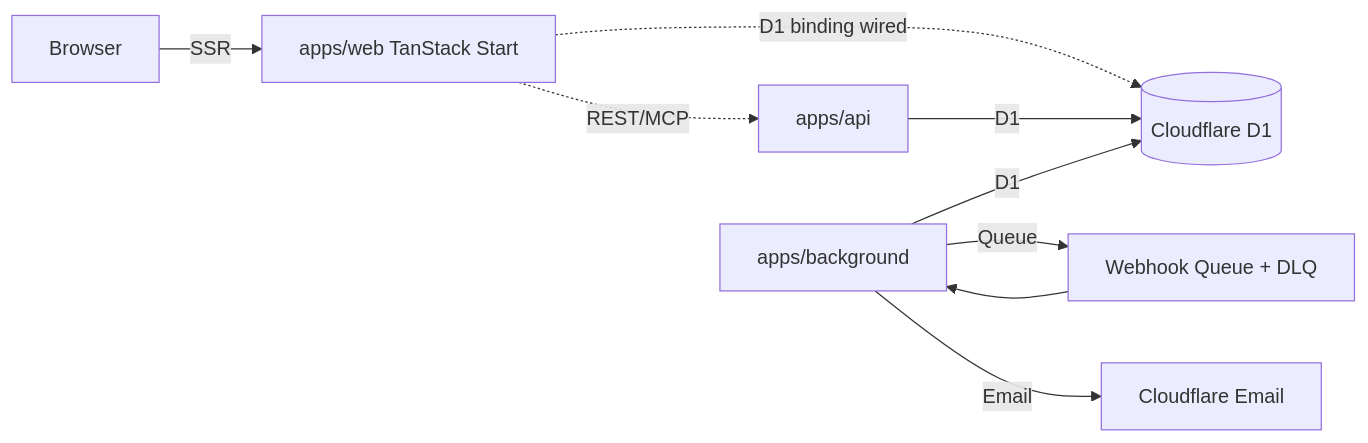
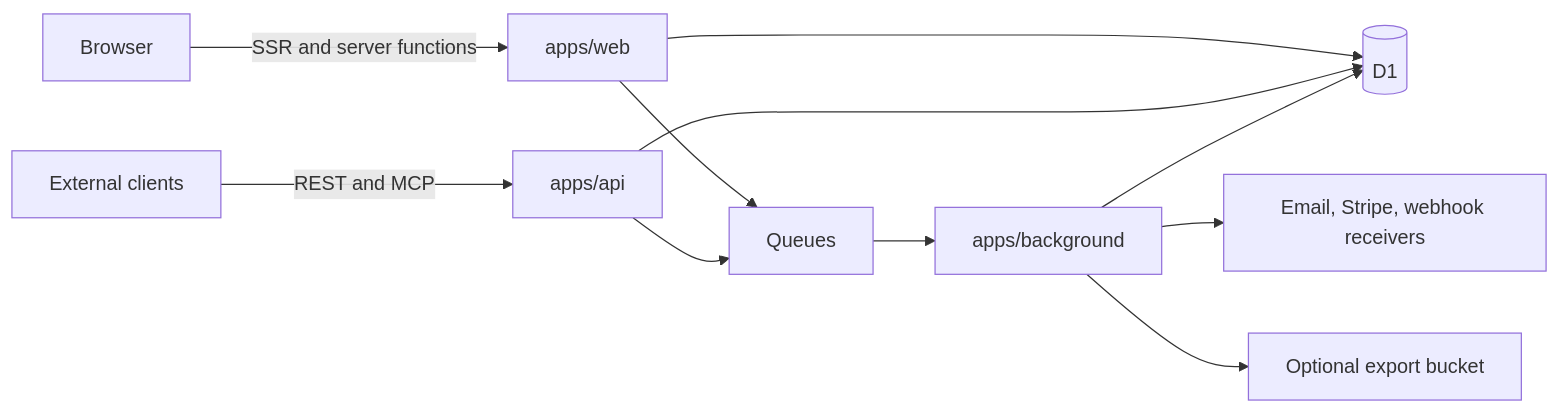
Before and after one commit to brandhaug/b2b-saas-starter: the diagram in apps/web/content/docs/architecture/overview.mdx, drawn with Mermaid. The commit also changed other lines of this file and 161 other files, not shown here.

First line of the commit message:
docs(repo): consolidate architecture and ADR documentation (#319)

````diff
--- a/apps/web/content/docs/architecture/overview.mdx
+++ b/apps/web/content/docs/architecture/overview.mdx
@@ -13,11 +13,13 @@
 ```mermaid
 flowchart LR
-  Browser -->|SSR| Web[apps/web TanStack Start]
-  Web -.->|D1 binding wired| D1[(Cloudflare D1)]
-  Web -.->|REST/MCP| API[apps/api]
-  API -->|D1| D1
-  BG[apps/background] -->|D1| D1
-  BG -->|Queue| Queue[Webhook Queue + DLQ]
-  Queue --> BG
-  BG -->|Email| Email[Cloudflare Email]
+  Browser -->|SSR and server functions| Web[apps/web]
+  Client[External clients] -->|REST and MCP| API[apps/api]
+  Web --> D1[(D1)]
+  API --> D1
+  Web --> Queues
+  API --> Queues
+  Queues --> BG[apps/background]
+  BG --> D1
+  BG --> Providers[Email, Stripe, webhook receivers]
+  BG --> R2[Optional export bucket]
 ```
````
